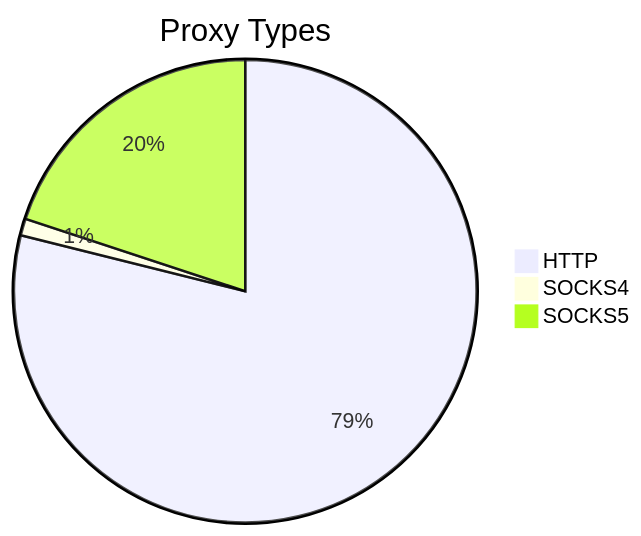
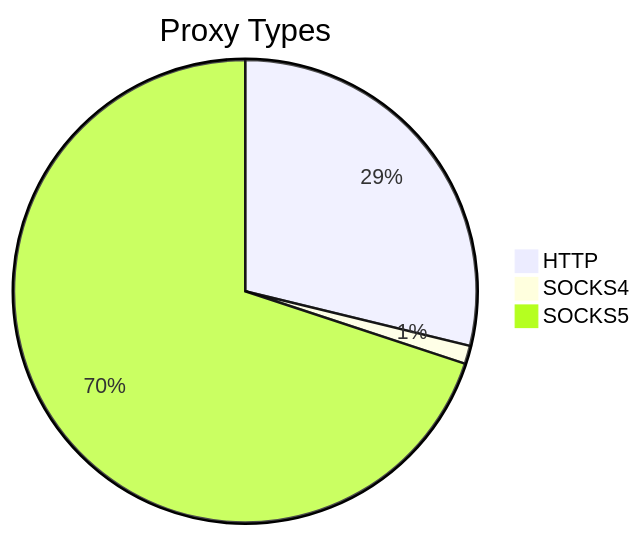
Before and after one commit to stormsia/proxy-list: the first of 2 diagrams in README.md, drawn with Mermaid. The commit also changed other lines of this file, not shown here.

````diff
--- a/README.md
+++ b/README.md
@@ -21,6 +21,6 @@
 ```mermaid
 pie title Proxy Types
-    "HTTP" : 1009
-    "SOCKS4" : 15
-    "SOCKS5" : 255
+    "HTTP" : 1200
+    "SOCKS4" : 53
+    "SOCKS5" : 2914
 ```
````
